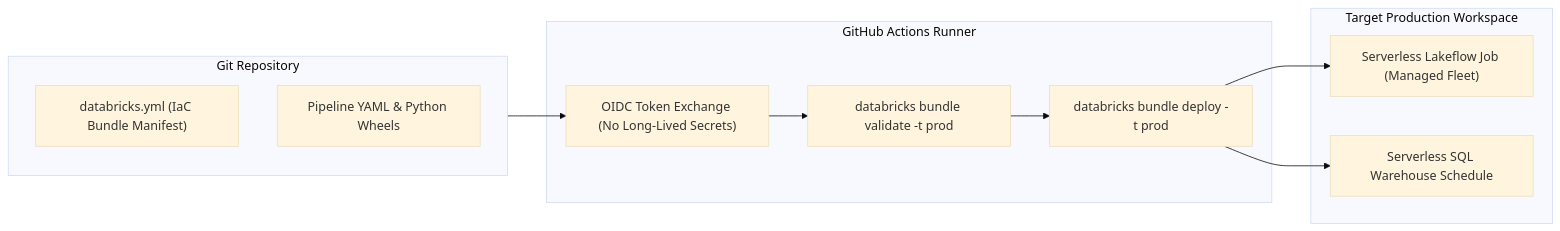
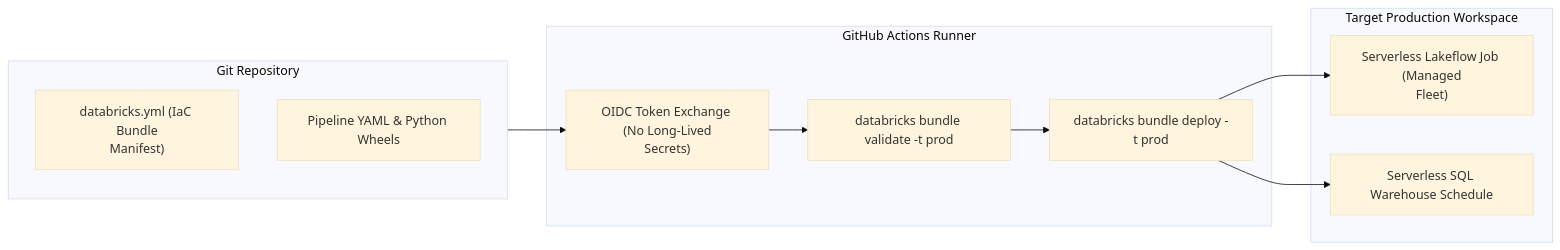
The second of 2 diagrams in architectures/01_declarative_infrastructure_as_code_for_data.md (santoshjammi29/dataops-cicd-handbook), drawn with Mermaid (base theme) before and after one commit. The commit also changed other lines of this file and 11 other files, not shown here.

Commit message:
fix(diagrams): word-wrap labels and escape comparison operators across all diagrams

````diff
--- a/architectures/01_declarative_infrastructure_as_code_for_data.md
+++ b/architectures/01_declarative_infrastructure_as_code_for_data.md
@@ -91,20 +91,20 @@
 ```mermaid
 flowchart LR
     subgraph Repo["Git Repository"]
-        DABConfig["databricks.yml (IaC Bundle Manifest)"]
+        DABConfig["databricks.yml (IaC Bundle<br/>Manifest)"]
         Pipelines["Pipeline YAML & Python Wheels"]
     end
 
     subgraph CI["GitHub Actions Runner"]
-        OIDC["OIDC Token Exchange (No Long-Lived Secrets)"]
+        OIDC["OIDC Token Exchange (No Long-Lived<br/>Secrets)"]
         Validate["databricks bundle validate -t prod"]
         Deploy["databricks bundle deploy -t prod"]
     end
 
     subgraph Workspace["Target Production Workspace"]
-        ServerlessJob["Serverless Lakeflow Job (Managed Fleet)"]
+        ServerlessJob["Serverless Lakeflow Job (Managed<br/>Fleet)"]
         DBSQL["Serverless SQL Warehouse Schedule"]
     end
 
     Repo --> OIDC --> Validate --> Deploy --> ServerlessJob & DBSQL
 ```
````
